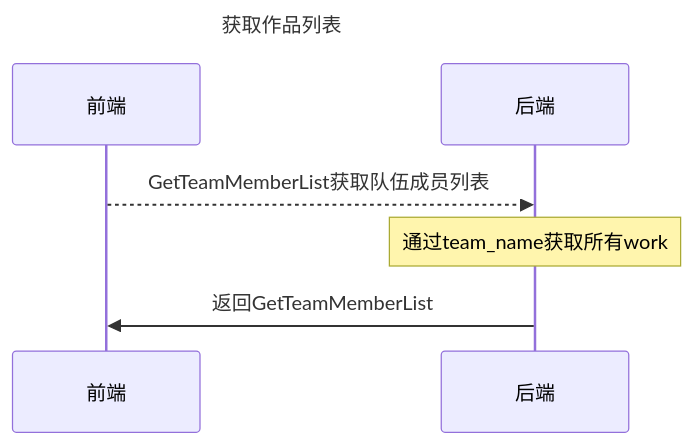
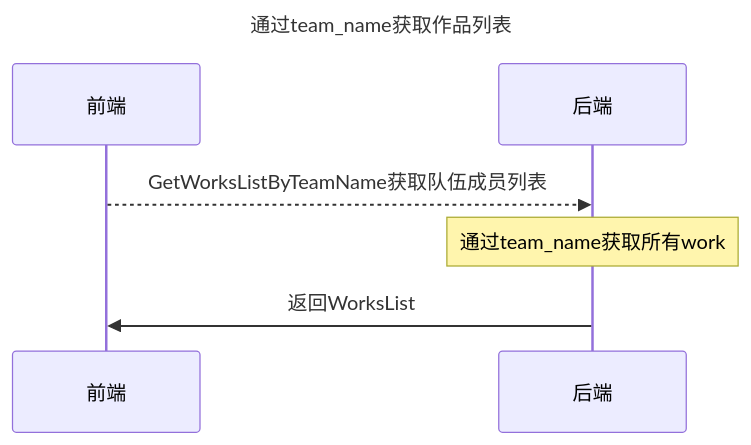
Before and after one commit to Thgamejamweb/thgamejam-proto: the second of 8 diagrams in api/thgamejam/works/WorksApi.md, drawn with Mermaid. The commit also changed other lines of this file and 1 other file, not shown here.

````diff
--- a/api/thgamejam/works/WorksApi.md
+++ b/api/thgamejam/works/WorksApi.md
@@ -3,9 +15,9 @@
 ```mermaid
    sequenceDiagram
-    title: 获取作品列表
+    title: 通过team_name获取作品列表
     participant 前端
     participant 后端
-    前端-->>后端: GetTeamMemberList获取队伍成员列表
+    前端-->>后端: GetWorksListByTeamName获取队伍成员列表
     note over 后端: 通过team_name获取所有work
-    后端->> 前端: 返回GetTeamMemberList
+    后端->> 前端: 返回WorksList
 ```
````
